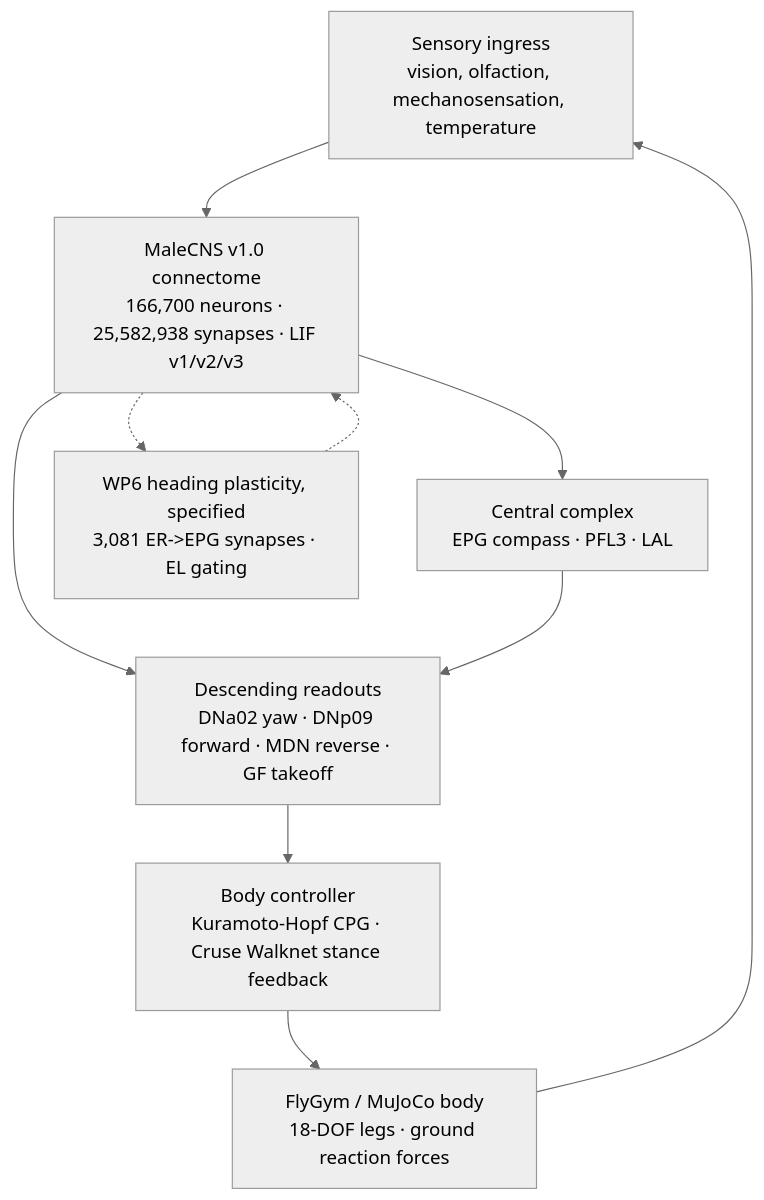
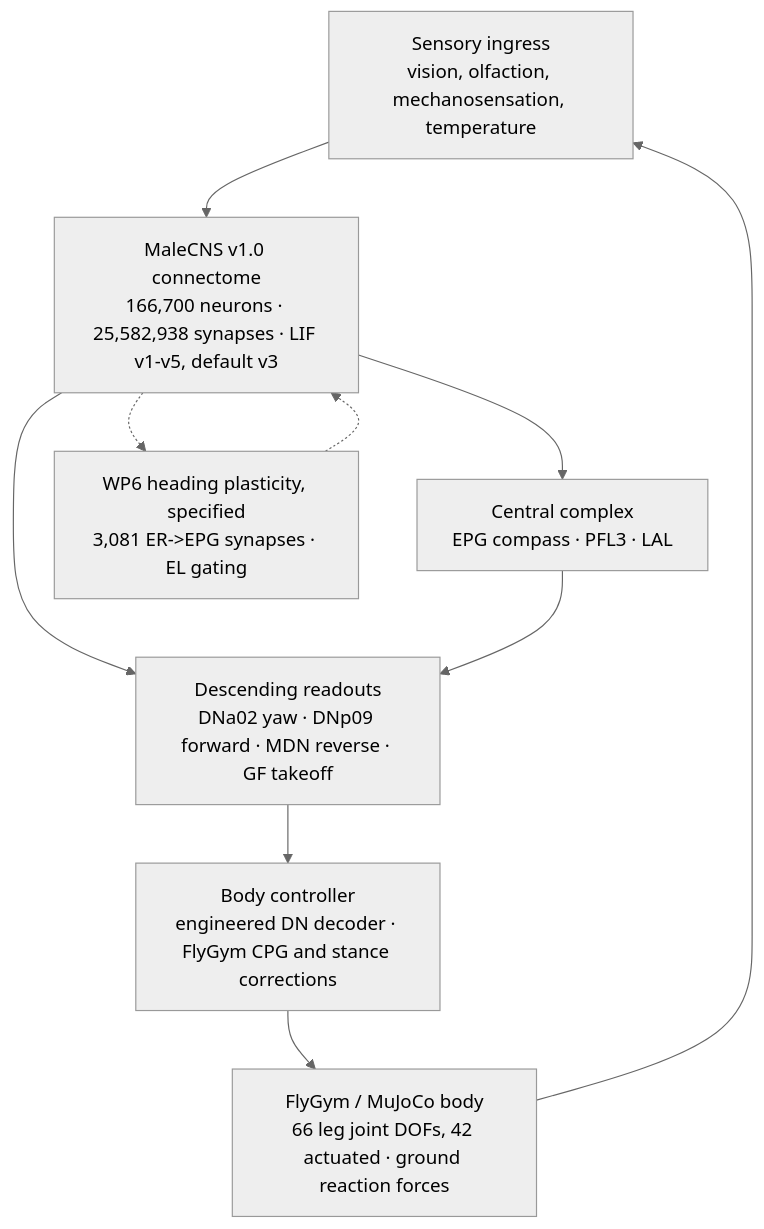
The diagram in README.md (average-user-887/flybrain), drawn with Mermaid (neutral theme) before and after one commit. The commit also changed other lines of this file and 7 other files, not shown here.

````diff
--- a/README.md
+++ b/README.md
@@ -23,12 +42,12 @@
 ```mermaid
 graph TD
-    A[Sensory ingress<br/>vision, olfaction, mechanosensation, temperature] --> B[MaleCNS v1.0 connectome<br/>166,700 neurons · 25,582,938 synapses · LIF v1/v2/v3]
+    A[Sensory ingress<br/>vision, olfaction, mechanosensation, temperature] --> B[MaleCNS v1.0 connectome<br/>166,700 neurons · 25,582,938 synapses · LIF v1-v5, default v3]
     B --> C[Central complex<br/>EPG compass · PFL3 · LAL]
     B --> D[Descending readouts<br/>DNa02 yaw · DNp09 forward · MDN reverse · GF takeoff]
     C --> D
-    D --> E[Body controller<br/>Kuramoto-Hopf CPG · Cruse Walknet stance feedback]
-    E --> F[FlyGym / MuJoCo body<br/>18-DOF legs · ground reaction forces]
+    D --> E[Body controller<br/>engineered DN decoder · FlyGym CPG and stance corrections]
+    E --> F[FlyGym / MuJoCo body<br/>66 leg joint DOFs, 42 actuated · ground reaction forces]
     F --> A
     B -.-> G[WP6 heading plasticity, specified<br/>3,081 ER->EPG synapses · EL gating]
     G -.-> B
 ```
````
